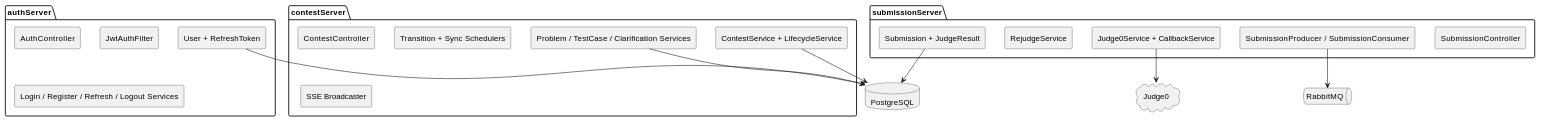
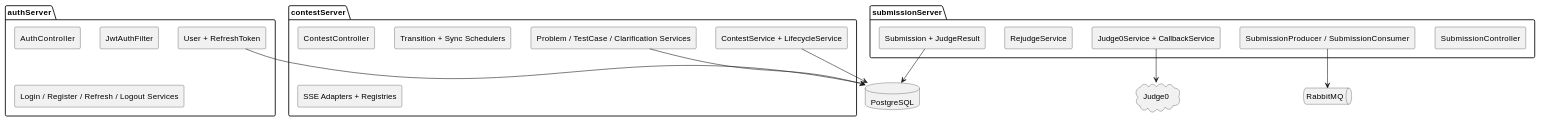
One commit to AuraC-graduate-project/AuraC2 changed the second of 17 diagrams in docs/report-rebuild/diagram-prompts.md. Above: the diagram before and after it, drawn with PlantUML. The commit also changed other lines of this file and 23 other files, not shown here.

````diff
--- a/docs/report-rebuild/diagram-prompts.md
+++ b/docs/report-rebuild/diagram-prompts.md
@@ -47,34 +47,34 @@
 ```plantuml
 @startuml
 skinparam componentStyle rectangle
 package "authServer" {
   [AuthController]
   [JwtAuthFilter]
   [Login / Register / Refresh / Logout Services]
   [User + RefreshToken]
 }
 package "contestServer" {
   [ContestController]
   [ContestService + LifecycleService]
   [Transition + Sync Schedulers]
-  [SSE Broadcaster]
+  [SSE Adapters + Registries]
   [Problem / TestCase / Clarification Services]
 }
 package "submissionServer" {
   [SubmissionController]
   [SubmissionProducer / SubmissionConsumer]
   [Judge0Service + CallbackService]
   [RejudgeService]
   [Submission + JudgeResult]
 }
 database "PostgreSQL" as DB
 queue "RabbitMQ" as MQ
 cloud "Judge0" as J0
 [User + RefreshToken] --> DB
 [ContestService + LifecycleService] --> DB
 [Problem / TestCase / Clarification Services] --> DB
 [Submission + JudgeResult] --> DB
 [SubmissionProducer / SubmissionConsumer] --> MQ
 [Judge0Service + CallbackService] --> J0
 @enduml
 ```
````
